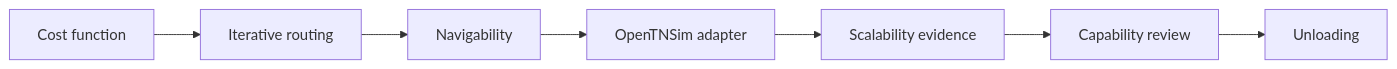
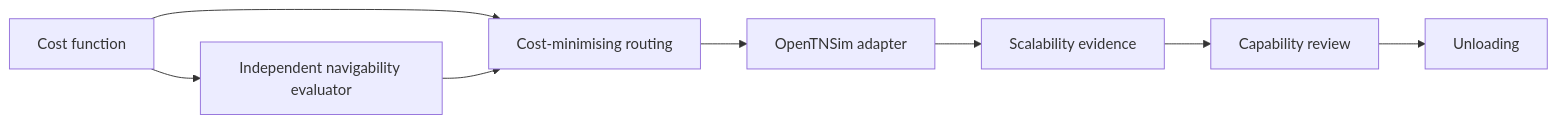
The diagram in docs/index.md (Deltares-research/iww-route-assignment), drawn with Mermaid before and after one commit. The commit also changed other lines of this file and 6 other files, not shown here.

````diff
--- a/docs/index.md
+++ b/docs/index.md
@@ -59,9 +59,10 @@
 ```mermaid
 flowchart LR
-    A[Cost function] --> B[Iterative routing]
-    B --> C[Navigability]
-    C --> D[OpenTNSim adapter]
+    A[Cost function] --> C[Independent navigability evaluator]
+    A --> B[Cost-minimising routing]
+    C --> B
+    B --> D[OpenTNSim adapter]
     D --> E[Scalability evidence]
     E --> F[Capability review]
     F --> G[Unloading]
 ```
````
